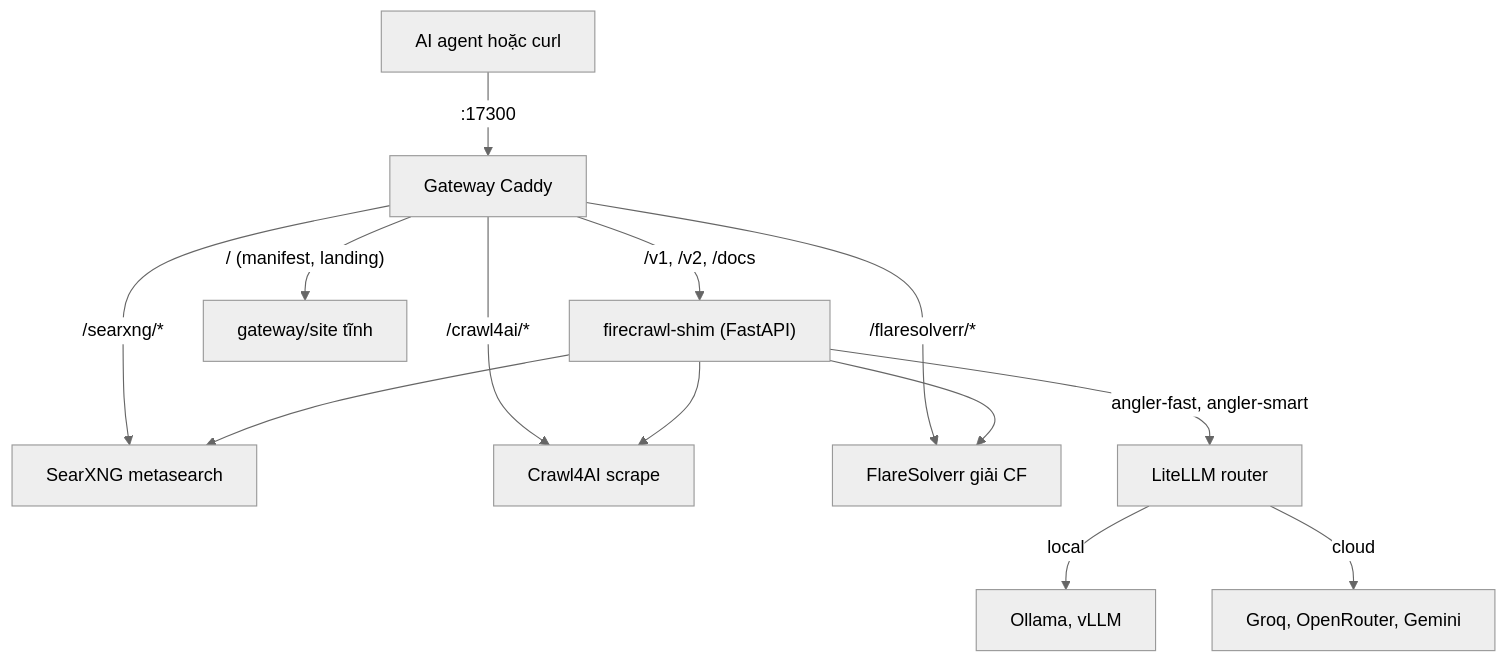
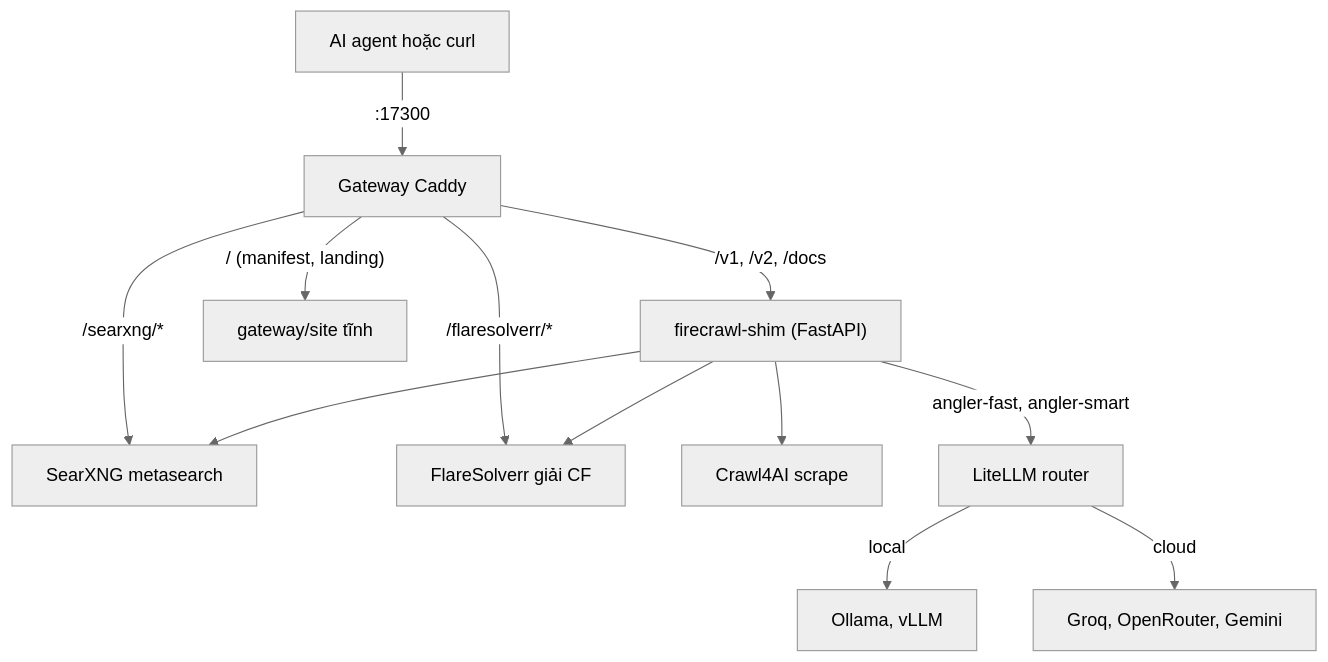
Before and after one commit to tetravn/angler-crawl: the first of 6 diagrams in docs/THIET-KE-KY-THUAT.md, drawn with Mermaid (neutral theme). The commit also changed other lines of this file and 6 other files, not shown here.

````diff
--- a/docs/THIET-KE-KY-THUAT.md
+++ b/docs/THIET-KE-KY-THUAT.md
@@ -29,15 +29,15 @@
 ```mermaid
 graph TD
   client["AI agent hoặc curl"] -->|":17300"| gw["Gateway Caddy"]
   gw -->|"/v1, /v2, /docs"| shim["firecrawl-shim (FastAPI)"]
   gw -->|"/searxng/*"| sx["SearXNG metasearch"]
-  gw -->|"/crawl4ai/*"| c4["Crawl4AI scrape"]
   gw -->|"/flaresolverr/*"| fs["FlareSolverr giải CF"]
+  c4["Crawl4AI scrape"]
   gw -->|"/ (manifest, landing)"| site["gateway/site tĩnh"]
   shim --> c4
   shim --> fs
   shim --> sx
   shim -->|"angler-fast, angler-smart"| ll["LiteLLM router"]
   ll -->|"local"| ol["Ollama, vLLM"]
   ll -->|"cloud"| cl["Groq, OpenRouter, Gemini"]
 ```
````
